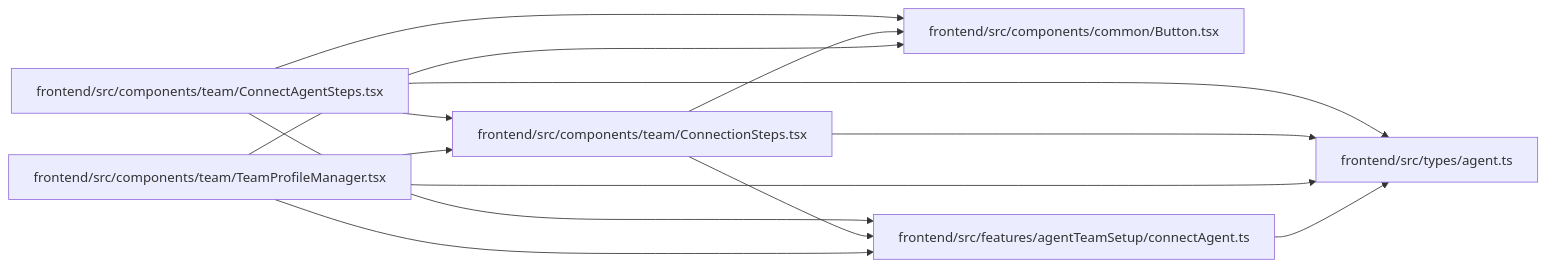
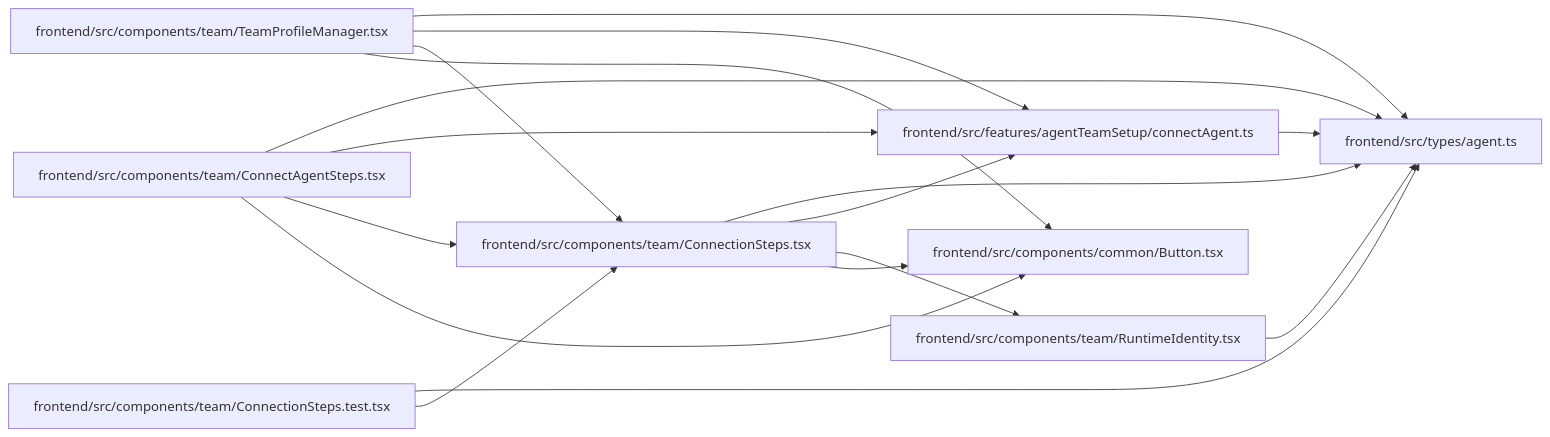
The diagram in docs/llm_wiki/modules/ConnectionSteps.md (Denissvgn/WorkChord), drawn with Mermaid before and after one commit. The commit also changed other lines of this file and 722 other files, not shown here.

Commit message:
Sync the architectural wiki for the onboarding runtime instance

````diff
--- a/docs/llm_wiki/modules/ConnectionSteps.md
+++ b/docs/llm_wiki/modules/ConnectionSteps.md
@@ -31,27 +32,35 @@
 ```mermaid
 flowchart LR
     n0["frontend/src/components/common/Button.tsx"]
     n1["frontend/src/components/team/ConnectAgentSteps.tsx"]
-    n2["frontend/src/components/team/ConnectionSteps.tsx"]
-    n3["frontend/src/components/team/TeamProfileManager.tsx"]
-    n4["frontend/src/features/agentTeamSetup/connectAgent.ts"]
-    n5["frontend/src/types/agent.ts"]
+    n2["frontend/src/components/team/ConnectionSteps.test.tsx"]
+    n3["frontend/src/components/team/ConnectionSteps.tsx"]
+    n4["frontend/src/components/team/RuntimeIdentity.tsx"]
+    n5["frontend/src/components/team/TeamProfileManager.tsx"]
+    n6["frontend/src/features/agentTeamSetup/connectAgent.ts"]
+    n7["frontend/src/types/agent.ts"]
     n1 --> n0
-    n1 --> n2
-    n1 --> n4
-    n1 --> n5
-    n2 --> n0
-    n2 --> n4
-    n2 --> n5
+    n1 --> n3
+    n1 --> n6
+    n1 --> n7
+    n2 --> n3
+    n2 --> n7
     n3 --> n0
-    n3 --> n2
     n3 --> n4
-    n3 --> n5
-    n4 --> n5
+    n3 --> n6
+    n3 --> n7
+    n4 --> n7
+    n5 --> n0
+    n5 --> n3
+    n5 --> n6
+    n5 --> n7
+    n6 --> n7
     click n0 "../modules/Button.md"
     click n1 "../modules/ConnectAgentSteps.md"
-    click n2 "../modules/ConnectionSteps.md"
-    click n3 "../modules/TeamProfileManager.md"
-    click n4 "../modules/connectAgent.md"
-    click n5 "../modules/types_agent.md"
+    click n2 "../modules/ConnectionSteps.test.md"
+    click n3 "../modules/ConnectionSteps.md"
+    click n4 "../modules/RuntimeIdentity.md"
+    click n5 "../modules/TeamProfileManager.md"
+    click n6 "../modules/connectAgent.md"
+    click n7 "../modules/types_agent.md"
 ```
````
